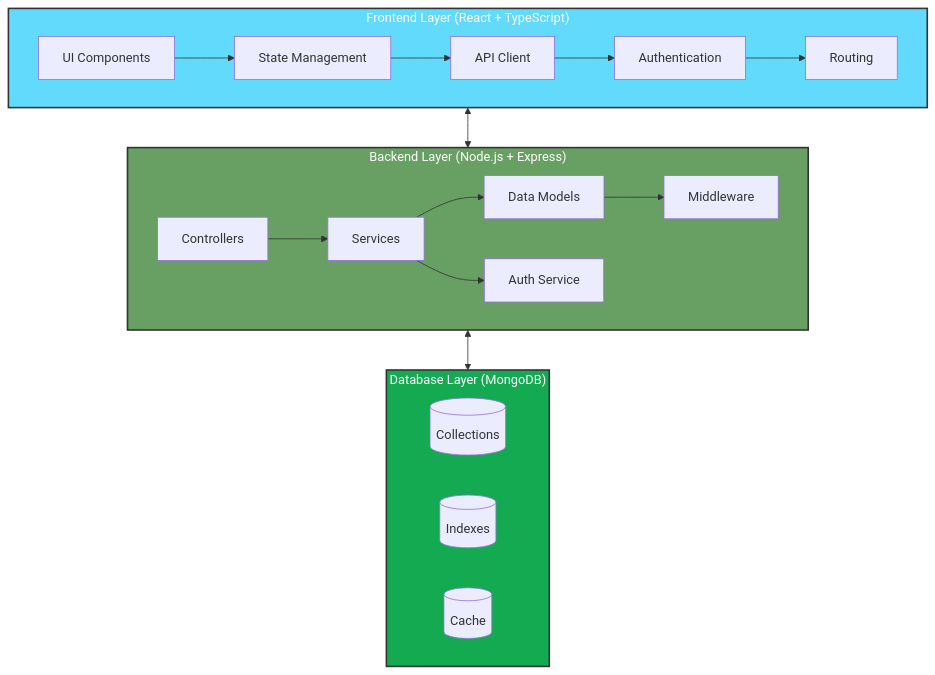
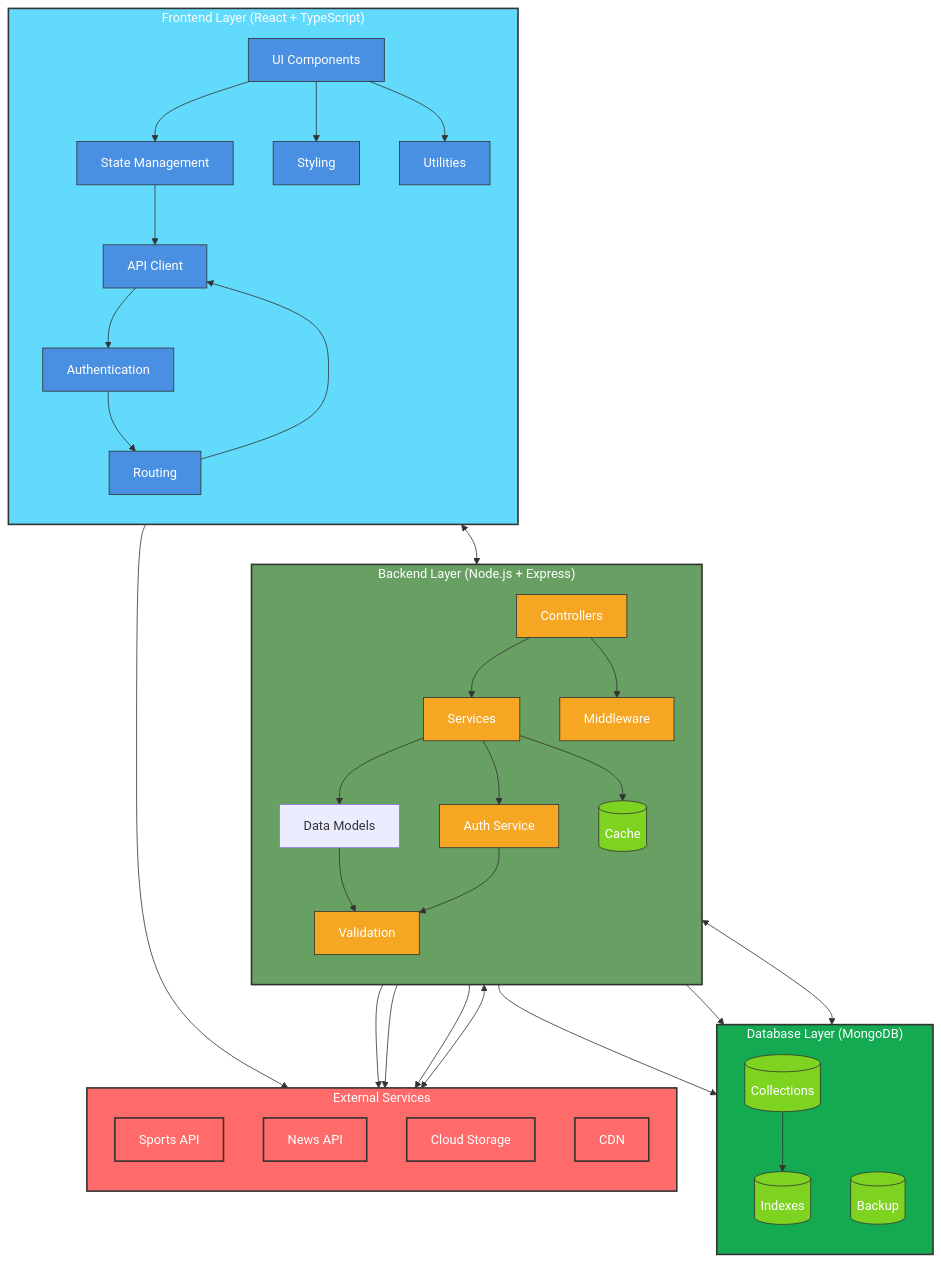
Before and after one commit to MalikShoaibAhmadKhan/sports-app: the diagram in README.md, drawn with Mermaid. The commit also changed other lines of this file, not shown here.

Commit message:
docs: enhance architecture diagram with better styling and documentation

````diff
--- a/README.md
+++ b/README.md
@@ -55,25 +55,45 @@
 ```mermaid
 graph TB
+    %% Frontend Layer
     subgraph Frontend["Frontend Layer (React + TypeScript)"]
+        direction TB
         UI[UI Components]
         State[State Management]
         API[API Client]
         Auth[Authentication]
         Router[Routing]
+        Style[Styling]
+        Utils[Utilities]
     end
 
+    %% Backend Layer
     subgraph Backend["Backend Layer (Node.js + Express)"]
+        direction TB
         Controllers[Controllers]
         Services[Services]
         Models[Data Models]
         Middleware[Middleware]
         AuthService[Auth Service]
+        Cache[Cache Service]
+        Validation[Validation]
     end
 
+    %% Database Layer
     subgraph Database["Database Layer (MongoDB)"]
+        direction TB
         Collections[(Collections)]
         Indexes[(Indexes)]
         Cache[(Cache)]
+        Backup[(Backup)]
+    end
+
+    %% External Services
+    subgraph External["External Services"]
+        direction TB
+        SportsAPI[Sports API]
+        NewsAPI[News API]
+        Storage[Cloud Storage]
+        CDN[CDN]
     end
 
     %% Frontend connections
@@ -81,23 +101,53 @@
     State --> API
     API --> Auth
     Auth --> Router
+    UI --> Style
+    UI --> Utils
+    Router --> API
 
     %% Backend connections
     Controllers --> Services
     Services --> Models
     Services --> AuthService
-    Models --> Middleware
+    Services --> Cache
+    Models --> Validation
+    Controllers --> Middleware
+    AuthService --> Validation
+
+    %% Database connections
+    Models --> Collections
+    Collections --> Indexes
+    Cache --> Backup
+
+    %% External connections
+    Services --> SportsAPI
+    Services --> NewsAPI
+    Services --> Storage
+    UI --> CDN
 
     %% Layer connections
     Frontend <--> Backend
     Backend <--> Database
+    Backend <--> External
 
     %% Styling
     classDef frontend fill:#61dafb,stroke:#333,stroke-width:2px,color:white
     classDef backend fill:#68a063,stroke:#333,stroke-width:2px,color:white
     classDef database fill:#13aa52,stroke:#333,stroke-width:2px,color:white
+    classDef external fill:#ff6b6b,stroke:#333,stroke-width:2px,color:white
+    classDef component fill:#4a90e2,stroke:#333,stroke-width:1px,color:white
+    classDef service fill:#f5a623,stroke:#333,stroke-width:1px,color:white
+    classDef data fill:#7ed321,stroke:#333,stroke-width:1px,color:white
 
+    %% Apply styles
     class Frontend frontend
     class Backend backend
     class Database database
+    class External external
+
+    %% Component styles
+    class UI,State,API,Auth,Router,Style,Utils component
+    class Controllers,Services,Middleware,AuthService,Cache,Validation service
+    class Collections,Indexes,Cache,Backup data
+    class SportsAPI,NewsAPI,Storage,CDN external
 ```
````
